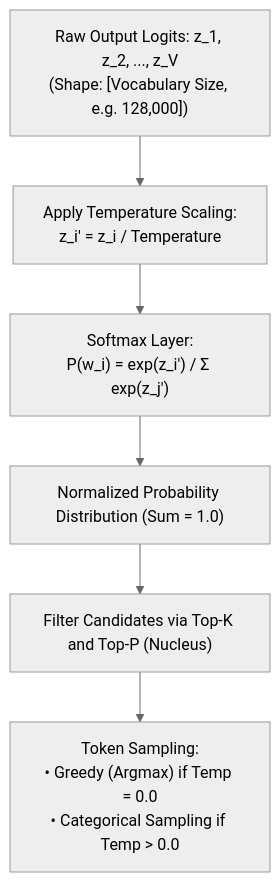
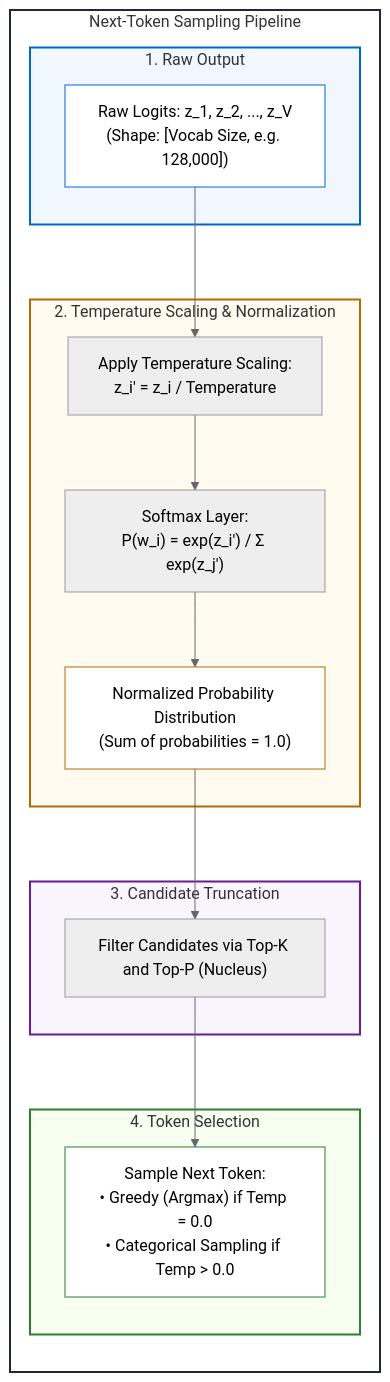
The second of 2 diagrams in 00-foundations-and-token-mechanics/02-tokenization-and-bpe-mechanics.md (dip4k/senior-engineer-to-ai-engineer-roadmap), drawn with Mermaid (neutral theme) before and after one commit. The commit also changed other lines of this file and 6 other files, not shown here.

````diff
--- a/00-foundations-and-token-mechanics/02-tokenization-and-bpe-mechanics.md
+++ b/00-foundations-and-token-mechanics/02-tokenization-and-bpe-mechanics.md
@@ -147,8 +217,40 @@
 ```mermaid
 flowchart TD
-    Logits["Raw Output Logits: z_1, z_2, ..., z_V\n(Shape: [Vocabulary Size, e.g. 128,000])"] --> Temp["Apply Temperature Scaling:\nz_i' = z_i / Temperature"]
-    Temp --> Softmax["Softmax Layer:\nP(w_i) = exp(z_i') / Σ exp(z_j')"]
-    Softmax --> Dist["Normalized Probability Distribution (Sum = 1.0)"]
-    Dist --> Filter["Filter Candidates via Top-K and Top-P (Nucleus)"]
-    Filter --> Sample["Token Sampling:\n• Greedy (Argmax) if Temp = 0.0\n• Categorical Sampling if Temp > 0.0"]
+    subgraph SAMPLING["Next-Token Sampling Pipeline"]
+        direction TB
+
+        subgraph LOGITS["1. Raw Output"]
+            RawLogits["Raw Logits: z_1, z_2, ..., z_V<br>(Shape: [Vocab Size, e.g. 128,000])"]
+        end
+
+        subgraph SCALING["2. Temperature Scaling & Normalization"]
+            Temp["Apply Temperature Scaling:<br>z_i' = z_i / Temperature"]
+            Softmax["Softmax Layer:<br>P(w_i) = exp(z_i') / Σ exp(z_j')"]
+            Dist["Normalized Probability Distribution<br>(Sum of probabilities = 1.0)"]
+
+            RawLogits --> Temp
+            Temp --> Softmax
+            Softmax --> Dist
+        end
+
+        subgraph FILTER["3. Candidate Truncation"]
+            Filter["Filter Candidates via Top-K and Top-P (Nucleus)"]
+            Dist --> Filter
+        end
+
+        subgraph EMIT["4. Token Selection"]
+            Sample["Sample Next Token:<br>• Greedy (Argmax) if Temp = 0.0<br>• Categorical Sampling if Temp > 0.0"]
+            Filter --> Sample
+        end
+    end
+
+    style SAMPLING fill:#ffffff,stroke:#1e293b,stroke-width:2px
+    style LOGITS fill:#f0f7ff,stroke:#0066cc,stroke-width:2px
+    style SCALING fill:#fffbf0,stroke:#b26b00,stroke-width:2px
+    style FILTER fill:#f8f5ff,stroke:#6a1b9a,stroke-width:2px
+    style EMIT fill:#f6fff0,stroke:#2e7d32,stroke-width:2px
+
+    style RawLogits fill:#ffffff,stroke:#0066cc,stroke-width:1px
+    style Dist fill:#ffffff,stroke:#b26b00,stroke-width:1px
+    style Sample fill:#ffffff,stroke:#2e7d32,stroke-width:1px
 ```
````
